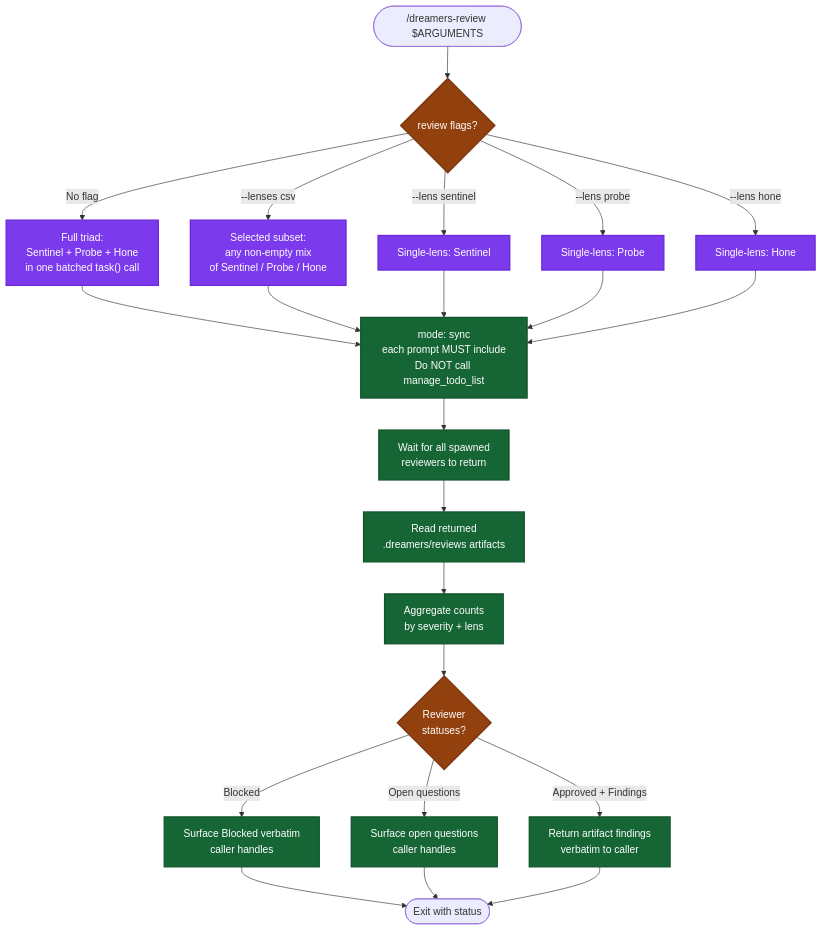
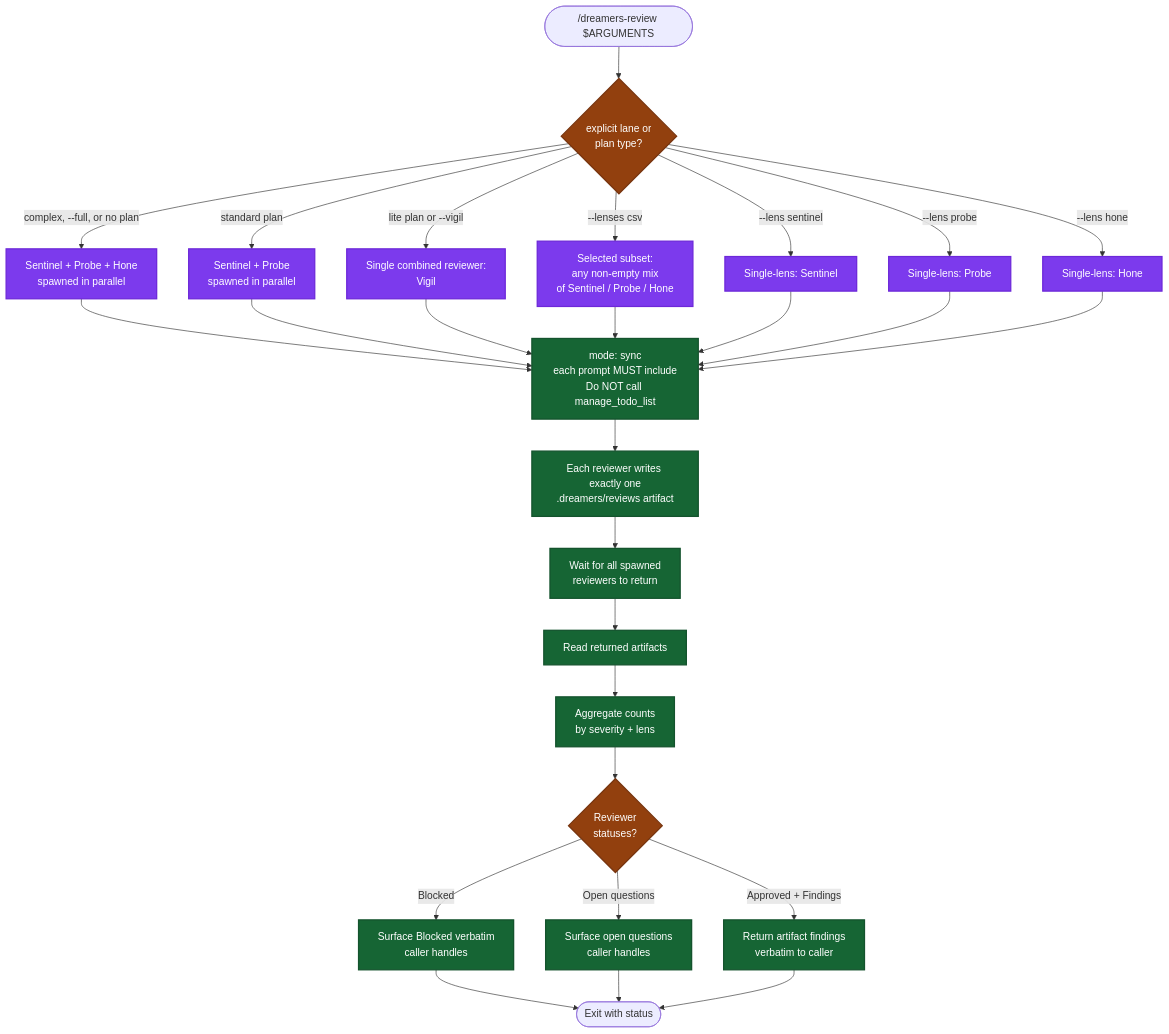
One commit to mrStorrs/dreamers-copilot changed the diagram in .github/skills/dreamers-review/readme.md. Above: the diagram before and after it, drawn with Mermaid. The commit also changed other lines of this file and 44 other files, not shown here.

````diff
--- a/.github/skills/dreamers-review/readme.md
+++ b/.github/skills/dreamers-review/readme.md
@@ -5,37 +5,42 @@
 ```mermaid
 flowchart TD
-    Start(["/dreamers-review $ARGUMENTS"]) --> ModeCheck{"review flags?"}
+    Start(["/dreamers-review $ARGUMENTS"]) --> ModeCheck{"explicit lane or<br/>plan type?"}
 
-    ModeCheck -->|No flag| Triad["Full triad:<br/>Sentinel + Probe + Hone<br/>in one batched task() call"]
+    ModeCheck -->|lite plan or --vigil| Vigil["Single combined reviewer:<br/>Vigil"]
+    ModeCheck -->|standard plan| Standard["Sentinel + Probe<br/>spawned in parallel"]
+    ModeCheck -->|complex, --full, or no plan| Triad["Sentinel + Probe + Hone<br/>spawned in parallel"]
     ModeCheck -->|--lenses csv| Selected["Selected subset:<br/>any non-empty mix<br/>of Sentinel / Probe / Hone"]
     ModeCheck -->|--lens sentinel| LensS["Single-lens: Sentinel"]
     ModeCheck -->|--lens probe| LensP["Single-lens: Probe"]
     ModeCheck -->|--lens hone| LensH["Single-lens: Hone"]
 
     Triad --> Spawn["mode: sync<br/>each prompt MUST include<br/>Do NOT call manage_todo_list"]
+    Standard --> Spawn
+    Vigil --> Spawn
     Selected --> Spawn
     LensS --> Spawn
     LensP --> Spawn
     LensH --> Spawn
 
-    Spawn --> Wait["Wait for all spawned<br/>reviewers to return"]
-    Wait --> Collect["Read returned<br/>.dreamers/reviews artifacts"]
+    Spawn --> WriteArtifact["Each reviewer writes exactly one<br/>.dreamers/reviews artifact"]
+    WriteArtifact --> Wait["Wait for all spawned<br/>reviewers to return"]
+    Wait --> Collect["Read returned artifacts"]
     Collect --> Aggregate["Aggregate counts<br/>by severity + lens"]
     Aggregate --> CheckStatus{"Reviewer<br/>statuses?"}
 
     CheckStatus -->|Blocked| Surface1["Surface Blocked verbatim<br/>caller handles"]
     CheckStatus -->|Open questions| Surface2["Surface open questions<br/>caller handles"]
     CheckStatus -->|Approved + Findings| Report["Return artifact findings<br/>verbatim to caller"]
 
     Surface1 --> End(["Exit with status"])
     Surface2 --> End
     Report --> End
 
     classDef gate fill:#92400e,stroke:#78350f,stroke-width:2px,color:#fff
     classDef phase fill:#166534,stroke:#14532d,stroke-width:2px,color:#fff
     classDef agent fill:#7c3aed,stroke:#6d28d9,stroke-width:2px,color:#fff
 
     class ModeCheck,CheckStatus gate
-    class Triad,Selected,LensS,LensP,LensH agent
-    class Spawn,Wait,Collect,Aggregate,Surface1,Surface2,Report phase
+    class Triad,Standard,Vigil,Selected,LensS,LensP,LensH agent
+    class Spawn,WriteArtifact,Wait,Collect,Aggregate,Surface1,Surface2,Report phase
 ```
````
